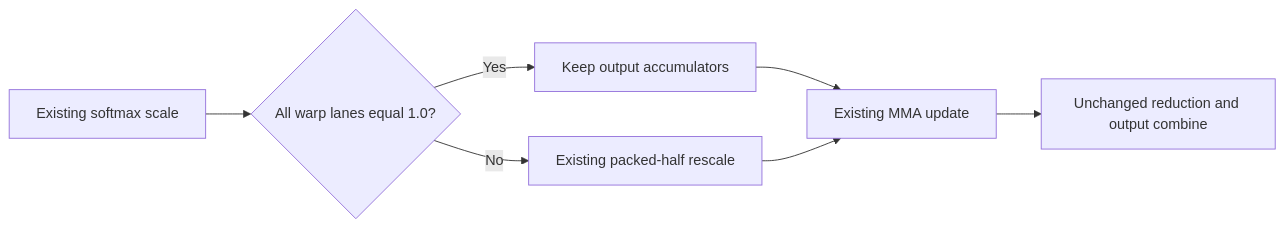
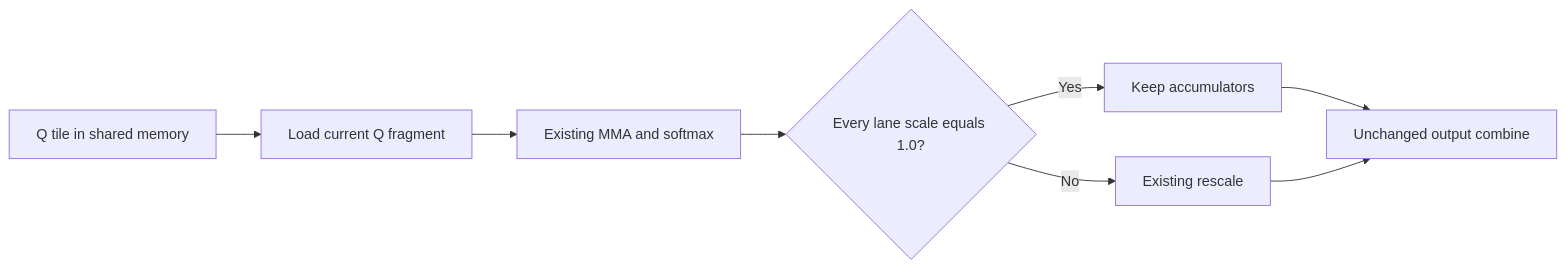
One commit to Josephur/llama.cmp-v changed the diagram in cmp/docs/results/2026-09-07-sm70-d256-shared-q.md. Above: the diagram before and after it, drawn with Mermaid. The commit also changed other lines of this file and 102 other files, not shown here.

````diff
--- a/cmp/docs/results/2026-09-07-sm70-d256-shared-q.md
+++ b/cmp/docs/results/2026-09-07-sm70-d256-shared-q.md
@@ -420,9 +270,10 @@
 ```mermaid
 flowchart LR
-    S[Existing softmax scale] --> A{All warp lanes equal 1.0?}
-    A -->|Yes| K[Keep output accumulators]
-    A -->|No| R[Existing packed-half rescale]
-    K --> M[Existing MMA update]
-    R --> M
-    M --> C[Unchanged reduction and output combine]
+    Q[Q tile in shared memory] --> F[Load current Q fragment]
+    F --> M[Existing MMA and softmax]
+    M --> S{Every lane scale equals 1.0?}
+    S -->|Yes| K[Keep accumulators]
+    S -->|No| R[Existing rescale]
+    K --> C[Unchanged output combine]
+    R --> C
 ```
````
